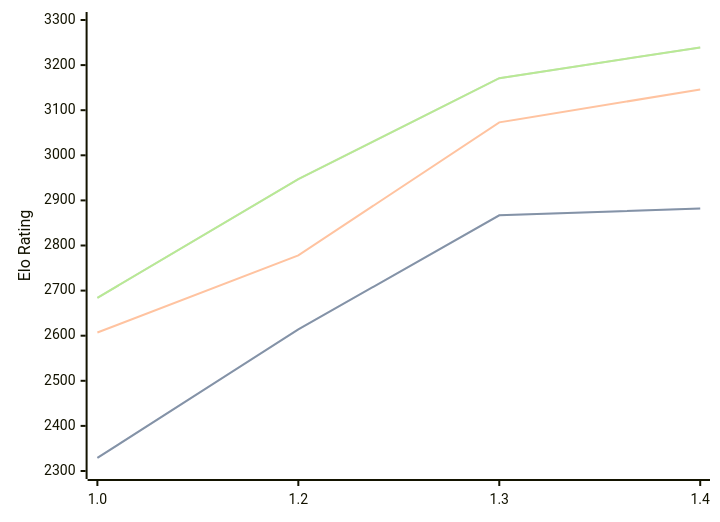
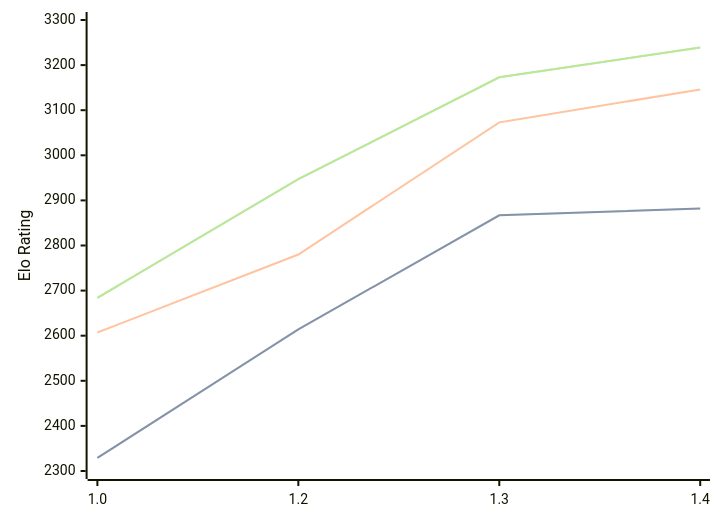
Before and after one commit to computer-chess-index/cci: the diagram in engines/Chessnix.md, drawn with Mermaid. The commit also changed other lines of this file, not shown here.

Commit message:
Update CCI Ratings (ELO VLTC) - 2026-09-26

````diff
--- a/engines/Chessnix.md
+++ b/engines/Chessnix.md
@@ -34,11 +34,11 @@
 ```mermaid
 %%{init: {"theme":"base","themeVariables":{"seriesColors:['#a3a3a3','#222221','#faa371']}}}%%
 xychart-beta
   x-axis ["1.0", "1.2", "1.3", "1.4"]
   y-axis "Elo Rating" 2300 --> 3300
   line "" [2329, 2614, 2867, 2882]
   line "STC (8.0+0.08s)" [2329, 2614, 2867, 2882]
-  line "LTC (60.0+0.60s)" [2607, 2778, 3073, 3146]
-  line "" [2684, 2947, 3171, 3239]
-  line "VLTC (2m24s+1.12s)" [2684, 2947, 3171, 3239]
+  line "LTC (60.0+0.60s)" [2607, 2780, 3073, 3146]
+  line "" [2684, 2947, 3173, 3239]
+  line "VLTC (2m24s+1.12s)" [2684, 2947, 3173, 3239]
 ```
````
